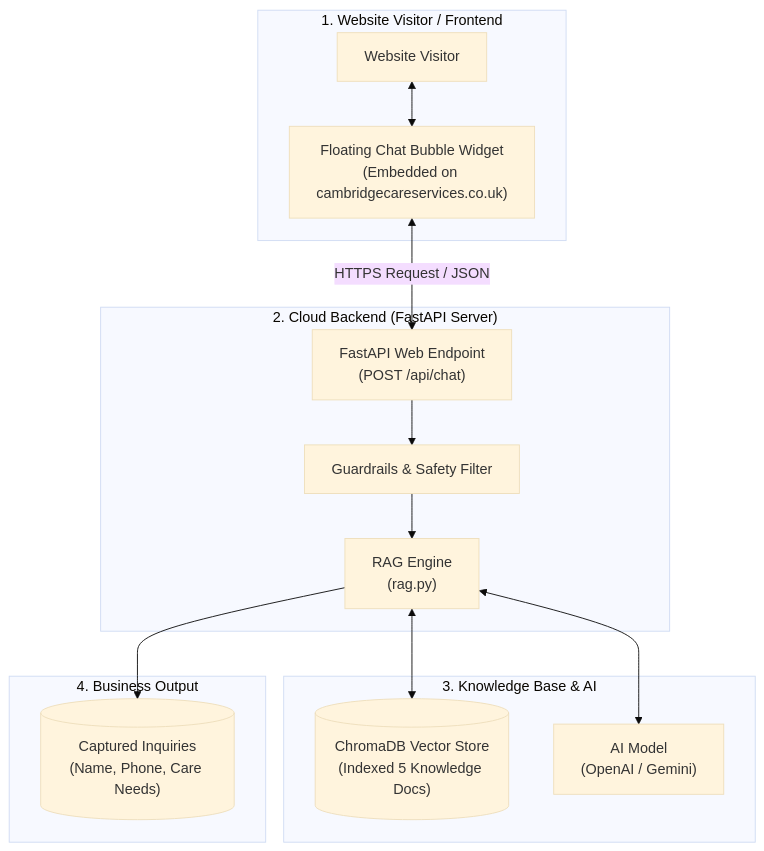
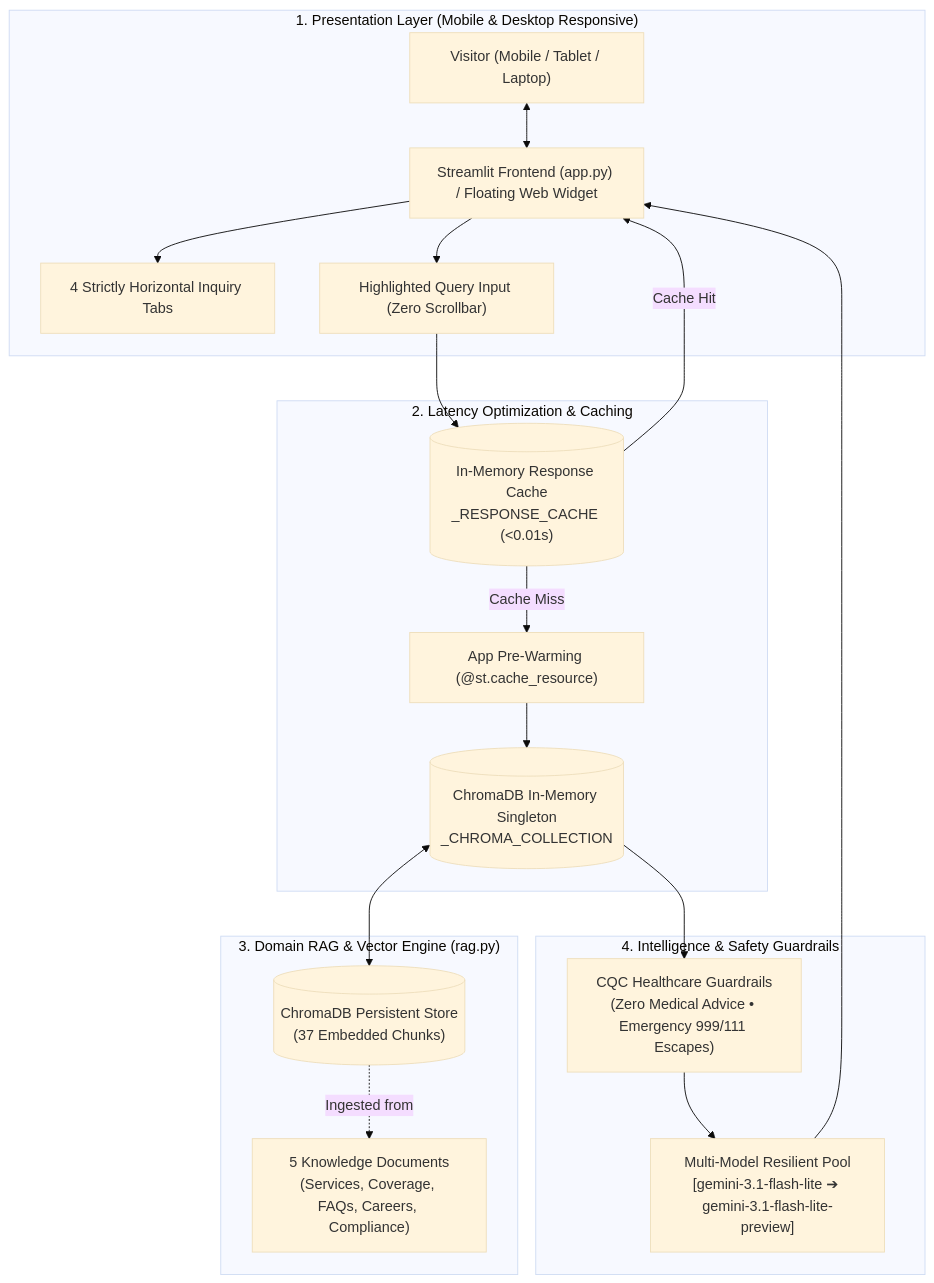
One commit to pankajatd/cambridge-care-chatbot changed the diagram in SYSTEM_DESIGN_DOCUMENT.md. Above: the diagram before and after it, drawn with Mermaid (base theme). The commit also changed other lines of this file, not shown here.

Commit message:
Update System Design Document with mobile-desktop parity, latency optimization benchmarks, and Docker architecture

````diff
--- a/SYSTEM_DESIGN_DOCUMENT.md
+++ b/SYSTEM_DESIGN_DOCUMENT.md
@@ -28,31 +27,41 @@
 ```mermaid
 flowchart TD
-    subgraph Client_Side ["1. Website Visitor / Frontend"]
-        User["Website Visitor"]
-        Widget["Floating Chat Bubble Widget<br/>(Embedded on cambridgecareservices.co.uk)"]
-        User <--> Widget
+    subgraph Frontend_Layer ["1. Presentation Layer (Mobile & Desktop Responsive)"]
+        User["Visitor (Mobile / Tablet / Laptop)"]
+        UI["Streamlit Frontend (app.py) / Floating Web Widget"]
+        Chips["4 Strictly Horizontal Inquiry Tabs"]
+        Input["Highlighted Query Input (Zero Scrollbar)"]
+        
+        User <--> UI
+        UI --> Chips
+        UI --> Input
     end
 
-    subgraph Cloud_Server ["2. Cloud Backend (FastAPI Server)"]
-        API["FastAPI Web Endpoint<br/>(POST /api/chat)"]
-        RAG["RAG Engine<br/>(rag.py)"]
-        Guardrails["Guardrails & Safety Filter"]
+    subgraph Speed_Optimization_Layer ["2. Latency Optimization & Caching"]
+        Cache[("In-Memory Response Cache<br/>_RESPONSE_CACHE (<0.01s)")]
+        PreWarm["App Pre-Warming (@st.cache_resource)"]
+        Singleton[("ChromaDB In-Memory Singleton<br/>_CHROMA_COLLECTION")]
         
-        Widget <-- HTTPS Request / JSON --> API
-        API --> Guardrails
-        Guardrails --> RAG
+        Input --> Cache
+        Cache -- Cache Hit --> UI
+        Cache -- Cache Miss --> PreWarm
+        PreWarm --> Singleton
     end
 
-    subgraph Data_Layer ["3. Knowledge Base & AI"]
-        VectorDB[("ChromaDB Vector Store<br/>(Indexed 5 Knowledge Docs)")]
-        LLM["AI Model<br/>(OpenAI / Gemini)"]
+    subgraph RAG_Data_Layer ["3. Domain RAG & Vector Engine (rag.py)"]
+        VectorStore[("ChromaDB Persistent Store<br/>(37 Embedded Chunks)")]
+        DocStore["5 Knowledge Documents<br/>(Services, Coverage, FAQs, Careers, Compliance)"]
         
-        RAG <--> VectorDB
-        RAG <--> LLM
+        Singleton <--> VectorStore
+        VectorStore -. Ingested from .-> DocStore
     end
 
-    subgraph Lead_Capture ["4. Business Output"]
-        Leads[("Captured Inquiries<br/>(Name, Phone, Care Needs)")]
-        RAG --> Leads
+    subgraph LLM_Reasoning_Layer ["4. Intelligence & Safety Guardrails"]
+        Guardrails["CQC Healthcare Guardrails<br/>(Zero Medical Advice • Emergency 999/111 Escapes)"]
+        ModelPool["Multi-Model Resilient Pool<br/>[gemini-3.1-flash-lite ➔ gemini-3.1-flash-lite-preview]"]
+        
+        Singleton --> Guardrails
+        Guardrails --> ModelPool
+        ModelPool --> UI
     end
 ```
````
